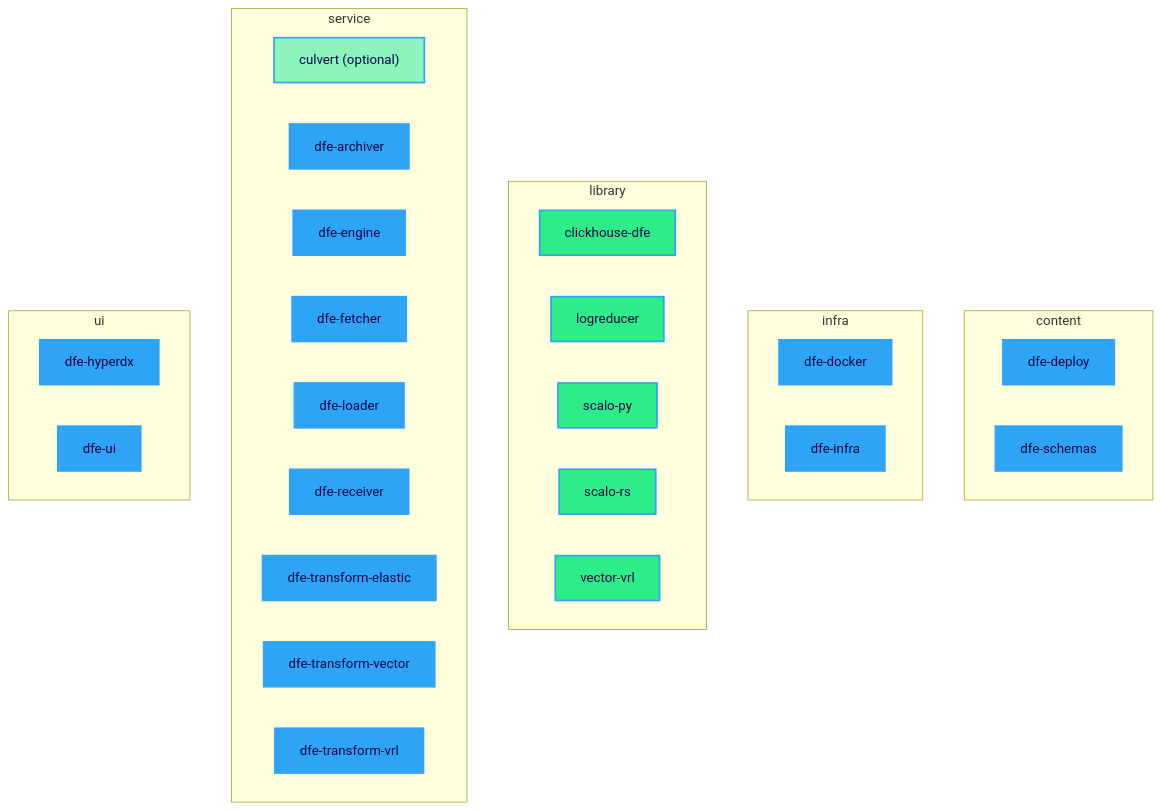
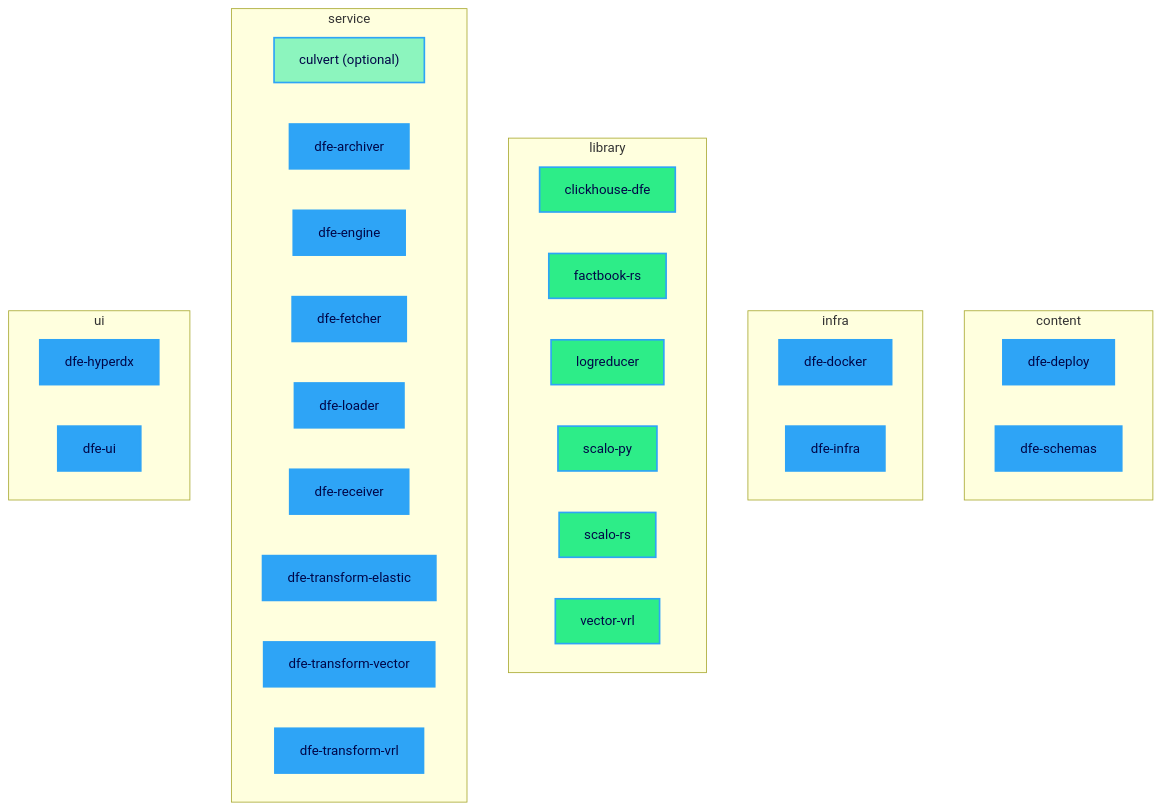
One commit to hyperi-io/dfe-infra changed the first of 17 diagrams in docs/suite-graph.md. Above: the diagram before and after it, drawn with Mermaid. The commit also changed 1 other file, not shown here.

Commit message:
fix(suite): factbook-rs joins the libraries lane
factbook is the reference-data enricher extracted out of scalo (geoip is no longer in scalo); we cut its releases, so it belongs in suite.yaml as an alpha, non-default library. dfe-loader and dfe-transform-vector are its intended consumers, but neither lock resolves the crate yet, so no cargo-dep edge is drawn until one does. Diagrams re-rendered.

````diff
--- a/docs/suite-graph.md
+++ b/docs/suite-graph.md
@@ -65,41 +65,42 @@
 ```mermaid
 flowchart TB
   subgraph content["content"]
     direction LR
     dfe_deploy["dfe-deploy"]:::suite
     dfe_schemas["dfe-schemas"]:::suite
   end
   subgraph infra["infra"]
     direction LR
     dfe_docker["dfe-docker"]:::suite
     dfe_infra["dfe-infra"]:::suite
   end
   subgraph library["library"]
     direction LR
     clickhouse_dfe["clickhouse-dfe"]:::general
+    factbook_rs["factbook-rs"]:::general
     logreducer["logreducer"]:::general
     scalo_py["scalo-py"]:::general
     scalo_rs["scalo-rs"]:::general
     vector_vrl["vector-vrl"]:::general
   end
   subgraph service["service"]
     direction LR
     culvert["culvert (optional)"]:::general-optional
     dfe_archiver["dfe-archiver"]:::suite
     dfe_engine["dfe-engine"]:::suite
     dfe_fetcher["dfe-fetcher"]:::suite
     dfe_loader["dfe-loader"]:::suite
     dfe_receiver["dfe-receiver"]:::suite
     dfe_transform_elastic["dfe-transform-elastic"]:::suite
     dfe_transform_vector["dfe-transform-vector"]:::suite
     dfe_transform_vrl["dfe-transform-vrl"]:::suite
   end
   subgraph ui["ui"]
     direction LR
     dfe_hyperdx["dfe-hyperdx"]:::suite
     dfe_ui["dfe-ui"]:::suite
   end
   classDef general fill:#2DED88,stroke:#2EA4F6,stroke-width:2px,color:#000647
   classDef suite fill:#2EA4F6,stroke:#2EA4F6,stroke-width:2px,color:#000647
   classDef general-optional fill:#8CF5BE,stroke:#2EA4F6,stroke-width:2px,color:#000647
 ```
````
